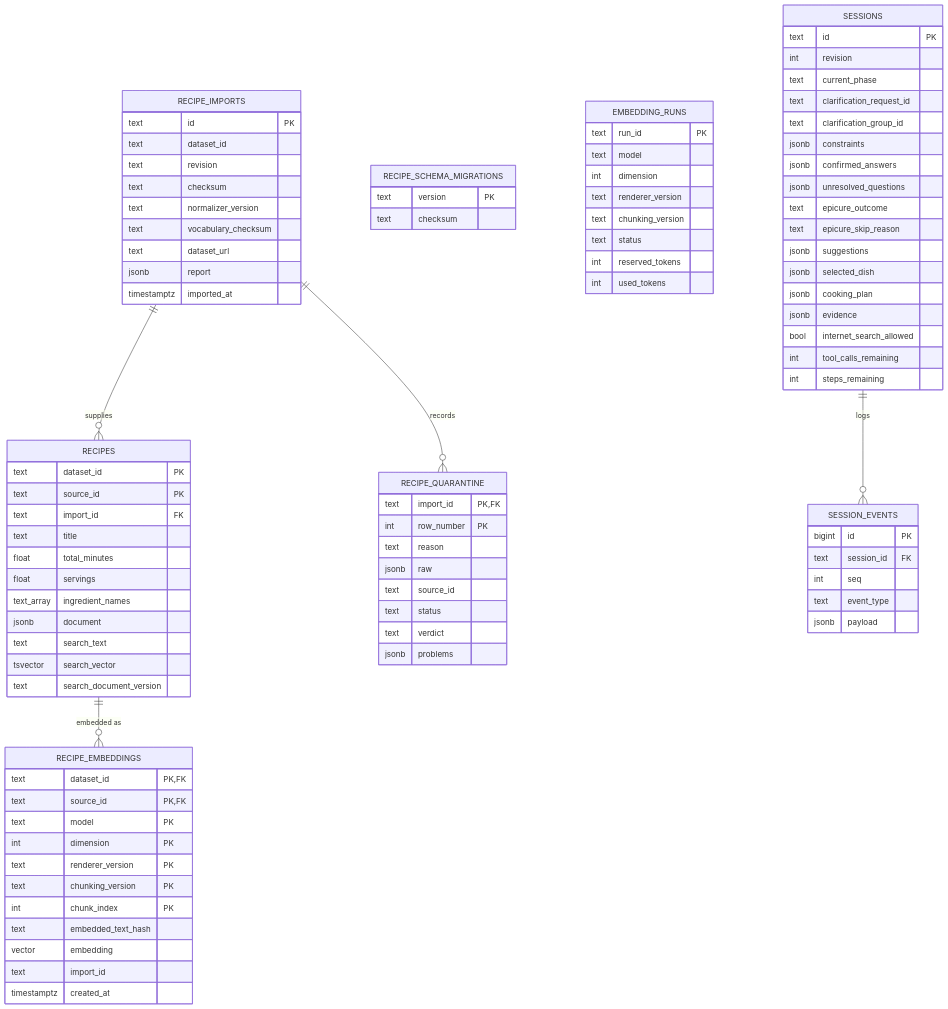
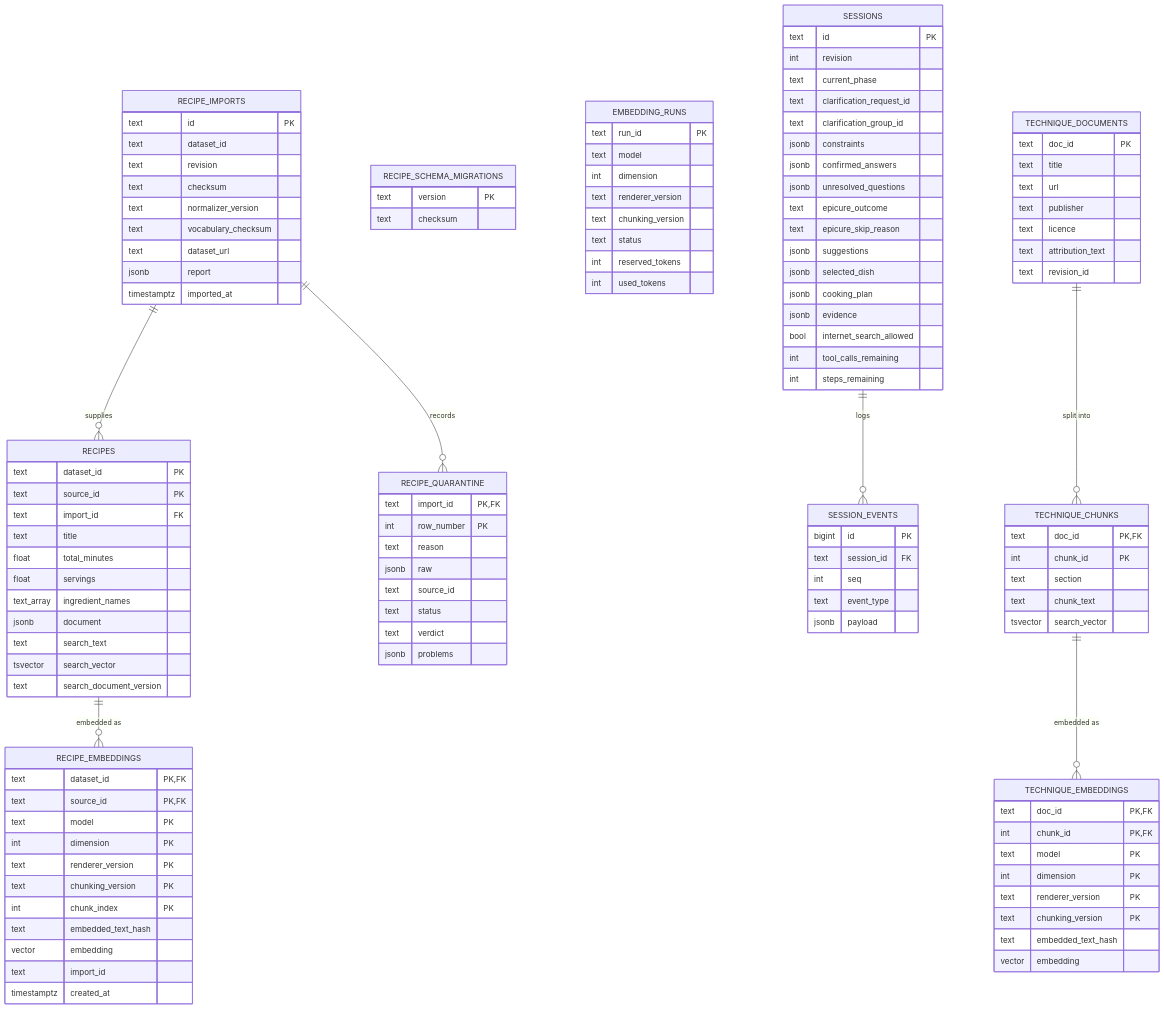
The first of 2 diagrams in docs/architecture/data-and-ingestion.md (fssonca/culinary-copilot), drawn with Mermaid before and after one commit. The commit also changed other lines of this file and 6 other files, not shown here.

````diff
--- a/docs/architecture/data-and-ingestion.md
+++ b/docs/architecture/data-and-ingestion.md
@@ -102,4 +103,32 @@
         jsonb payload
     }
     SESSIONS ||--o{ SESSION_EVENTS : logs
+    TECHNIQUE_DOCUMENTS ||--o{ TECHNIQUE_CHUNKS : "split into"
+    TECHNIQUE_CHUNKS ||--o{ TECHNIQUE_EMBEDDINGS : "embedded as"
+    TECHNIQUE_DOCUMENTS {
+        text doc_id PK
+        text title
+        text url
+        text publisher
+        text licence
+        text attribution_text
+        text revision_id
+    }
+    TECHNIQUE_CHUNKS {
+        text doc_id PK, FK
+        int chunk_id PK
+        text section
+        text chunk_text
+        tsvector search_vector
+    }
+    TECHNIQUE_EMBEDDINGS {
+        text doc_id PK, FK
+        int chunk_id PK, FK
+        text model PK
+        int dimension PK
+        text renderer_version PK
+        text chunking_version PK
+        text embedded_text_hash
+        vector embedding
+    }
 ```
````
